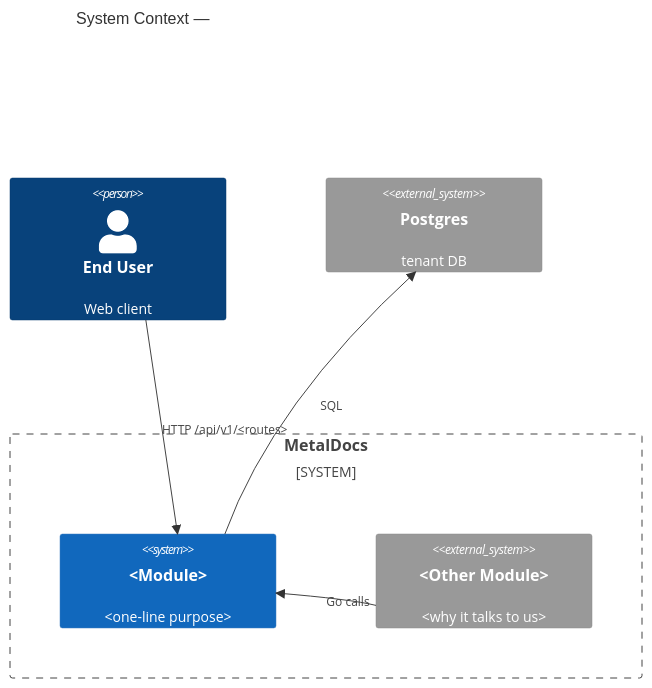
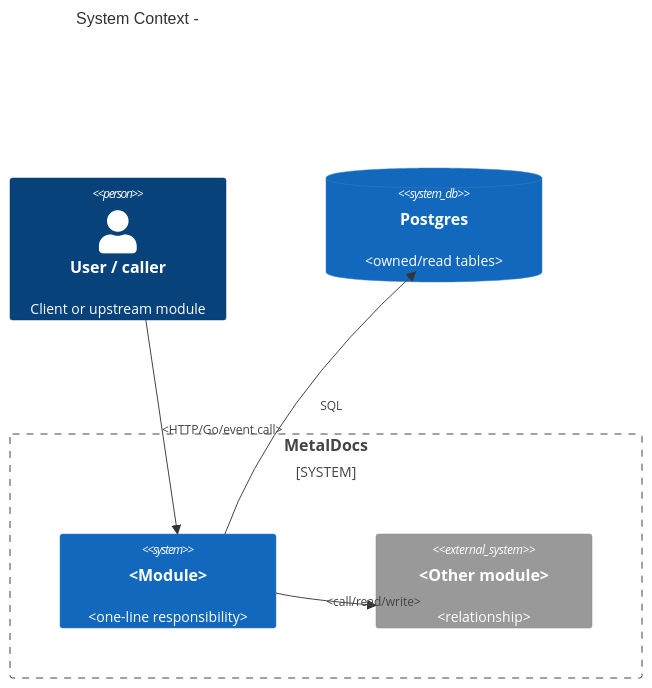
The first of 3 diagrams in .claude/skills/metaldocs-module-doc/templates/module-doc.md (developmentconexus-ops/MetalDocs), drawn with Mermaid before and after one commit. The commit also changed other lines of this file and 8 other files, not shown here.

````diff
--- a/.claude/skills/metaldocs-module-doc/templates/module-doc.md
+++ b/.claude/skills/metaldocs-module-doc/templates/module-doc.md
@@ -57,13 +59,13 @@
 ```mermaid
 C4Context
-    title System Context — <Module>
-    Person(user, "End User", "Web client")
+    title System Context - <Module>
+    Person(user, "User / caller", "Client or upstream module")
     System_Boundary(b1, "MetalDocs") {
-        System(mod, "<Module>", "<one-line purpose>")
-        System_Ext(otherMod, "<Other Module>", "<why it talks to us>")
+        System(mod, "<Module>", "<one-line responsibility>")
+        System_Ext(other, "<Other module>", "<relationship>")
     }
-    System_Ext(db, "Postgres", "tenant DB")
-    Rel(user, mod, "HTTP /api/v1/<routes>")
+    SystemDb(db, "Postgres", "<owned/read tables>")
+    Rel(user, mod, "<HTTP/Go/event call>")
     Rel(mod, db, "SQL")
-    Rel(otherMod, mod, "Go calls")
+    Rel(mod, other, "<call/read/write>")
 ```
````
